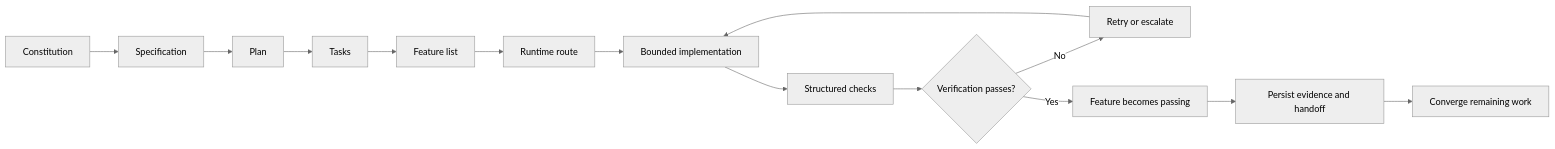
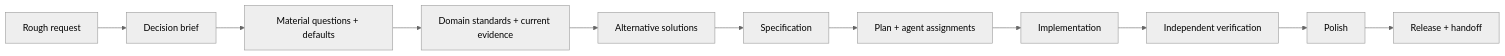
Before and after one commit to SiddheshKGupta/Escapement: the diagram in README.md, drawn with Mermaid (neutral theme). The commit also changed other lines of this file and 15 other files, not shown here.

````diff
--- a/README.md
+++ b/README.md
@@ -227,16 +65,13 @@
 ```mermaid
 flowchart LR
-    A[Constitution] --> B[Specification]
-    B --> C[Plan]
-    C --> D[Tasks]
-    D --> E[Feature list]
-    E --> F[Runtime route]
-    F --> G[Bounded implementation]
-    G --> H[Structured checks]
-    H --> I{Verification passes?}
-    I -- No --> J[Retry or escalate]
-    J --> G
-    I -- Yes --> K[Feature becomes passing]
-    K --> L[Persist evidence and handoff]
-    L --> M[Converge remaining work]
+    A[Rough request] --> B[Decision brief]
+    B --> C[Material questions + defaults]
+    C --> D[Domain standards + current evidence]
+    D --> E[Alternative solutions]
+    E --> F[Specification]
+    F --> G[Plan + agent assignments]
+    G --> H[Implementation]
+    H --> I[Independent verification]
+    I --> J[Polish]
+    J --> K[Release + handoff]
 ```
````
